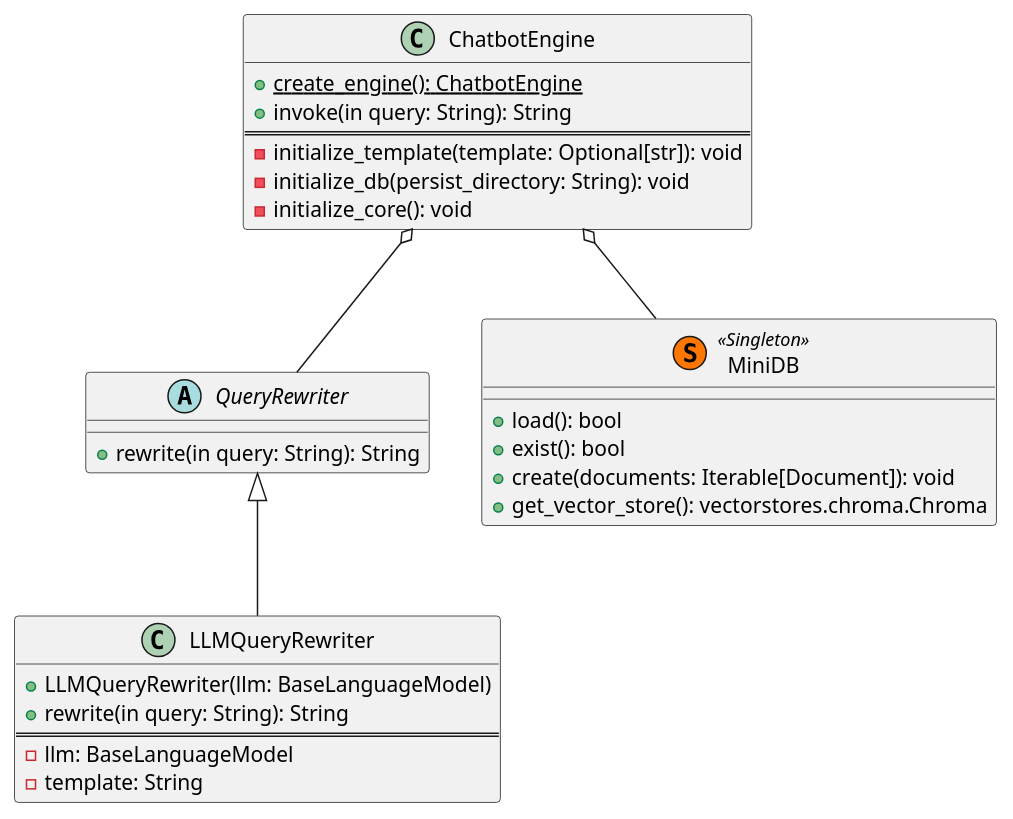
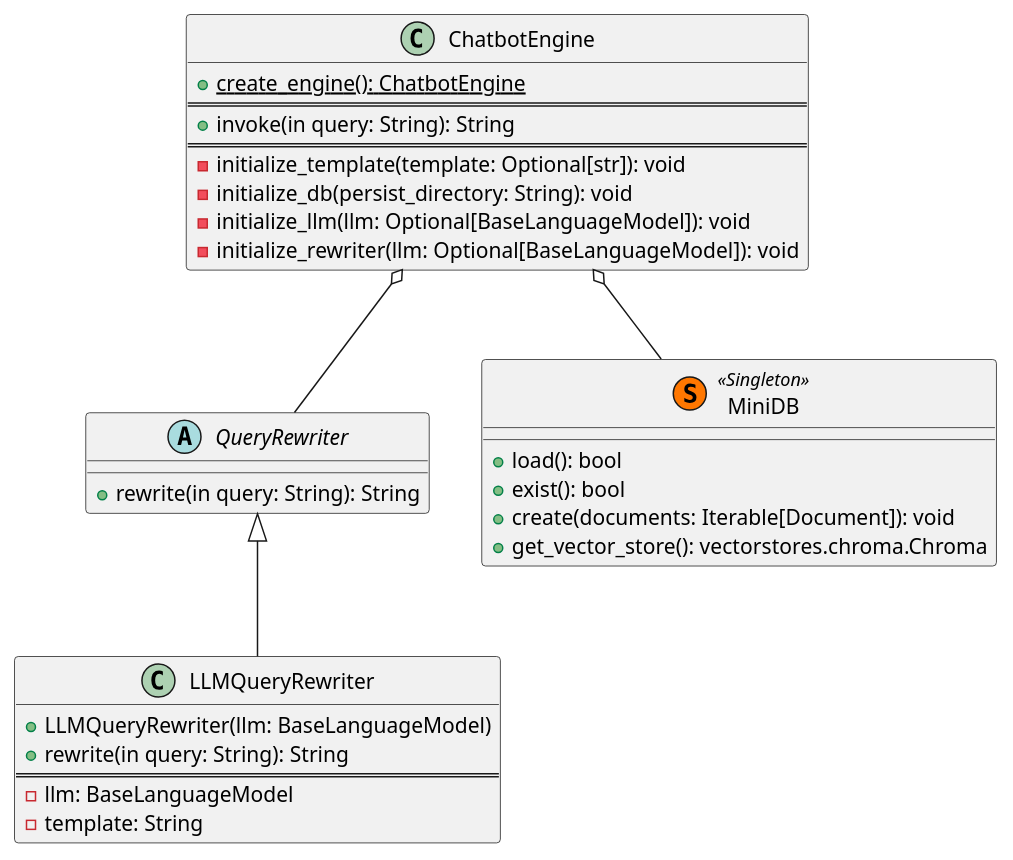
One commit to SirArt25/ChatMate changed the diagram in uml_diagrams/project.puml. Above: the diagram before and after it, drawn with PlantUML. The commit also changed 7 other files, not shown here.

```diff
--- a/uml_diagrams/project.puml
+++ b/uml_diagrams/project.puml
@@ -1,38 +1,39 @@
 @startuml
 
 
 abstract class QueryRewriter {
     + rewrite(in query: String): String
 }
 
 class LLMQueryRewriter {
     + LLMQueryRewriter(llm: BaseLanguageModel)
     + rewrite(in query: String): String
     ===
     - llm: BaseLanguageModel
     - template: String
 }
 
 
 class ChatbotEngine {
     + {static} create_engine(): ChatbotEngine
+    ===
     + invoke(in query: String): String
     ===
     - initialize_template(template: Optional[str]): void
     - initialize_db(persist_directory: String): void
-    - initialize_core(): void
+    - initialize_llm(llm: Optional[BaseLanguageModel]): void
+    - initialize_rewriter(llm: Optional[BaseLanguageModel]): void
 }
 
 
 class MiniDB  << (S,#FF7700) Singleton >> {
-
     + load(): bool
     + exist(): bool
     + create(documents: Iterable[Document]): void
     + get_vector_store(): vectorstores.chroma.Chroma
 }
 
 QueryRewriter <|-- LLMQueryRewriter
 ChatbotEngine o-- QueryRewriter
 ChatbotEngine o-- MiniDB
 @enduml
```
